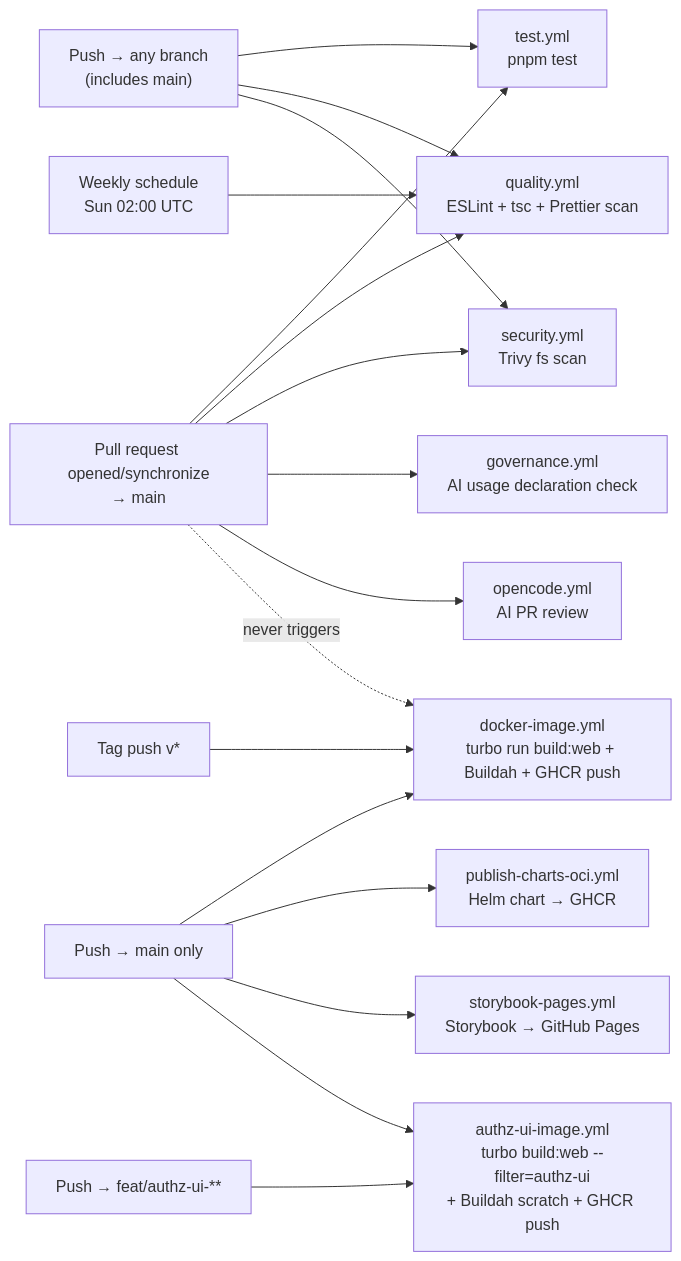
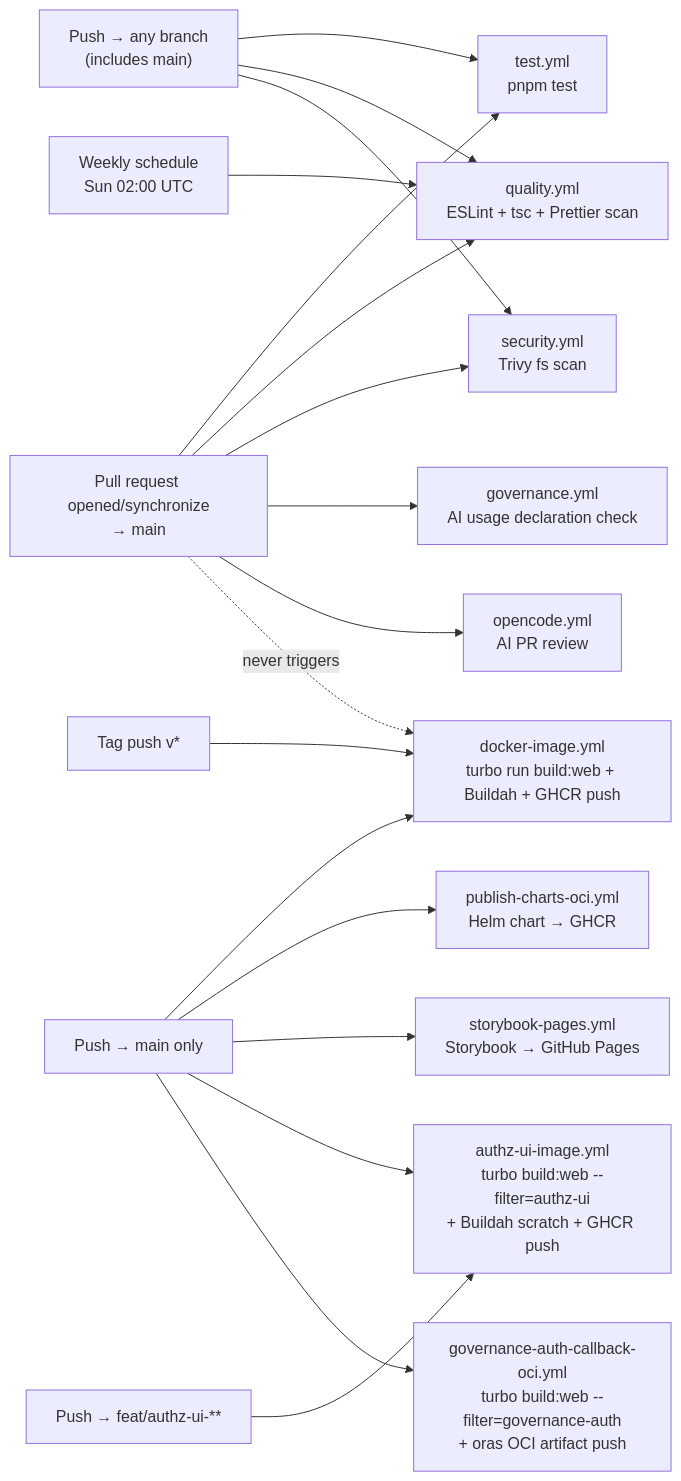
Before and after one commit to ADORSYS-GIS/converse-frontends: the first of 2 diagrams in docs/knowledge/ci-cd.md, drawn with Mermaid. The commit also changed other lines of this file and 5 other files, not shown here.

First line of the commit message:
docs: document governance-auth loopback callback page (#462)

````diff
--- a/docs/knowledge/ci-cd.md
+++ b/docs/knowledge/ci-cd.md
@@ -67,40 +74,42 @@
 ```mermaid
 flowchart LR
     PR["Pull request opened/synchronize<br/>→ main"]
     PUSHBRANCH["Push → any branch<br/>(includes main)"]
     PUSHMAIN["Push → main only"]
     TAG["Tag push v*"]
     SCHED["Weekly schedule<br/>Sun 02:00 UTC"]
 
     TEST["test.yml<br/>pnpm test"]
     QUALITY["quality.yml<br/>ESLint + tsc + Prettier scan"]
     SECURITY["security.yml<br/>Trivy fs scan"]
     GOV["governance.yml<br/>AI usage declaration check"]
     OC["opencode.yml<br/>AI PR review"]
     DOCKER["docker-image.yml<br/>turbo run build:web + Buildah + GHCR push"]
     CHARTS["publish-charts-oci.yml<br/>Helm chart → GHCR"]
     PAGES["storybook-pages.yml<br/>Storybook → GitHub Pages"]
 
     PR --> TEST
     PR --> QUALITY
     PR --> SECURITY
     PR --> GOV
     PR --> OC
     PR -. never triggers .-> DOCKER
 
     PUSHBRANCH --> TEST
     PUSHBRANCH --> QUALITY
     PUSHBRANCH --> SECURITY
 
     PUSHMAIN --> DOCKER
     PUSHMAIN --> CHARTS
     PUSHMAIN --> PAGES
 
     TAG --> DOCKER
     SCHED --> QUALITY
 
     PUSHFEAT["Push → feat/authz-ui-**"]
     AUTHZUI["authz-ui-image.yml<br/>turbo build:web --filter=authz-ui<br/>+ Buildah scratch + GHCR push"]
+    GOVAUTH["governance-auth-callback-oci.yml<br/>turbo build:web --filter=governance-auth<br/>+ oras OCI artifact push"]
     PUSHMAIN --> AUTHZUI
     PUSHFEAT --> AUTHZUI
+    PUSHMAIN --> GOVAUTH
 ```
````
